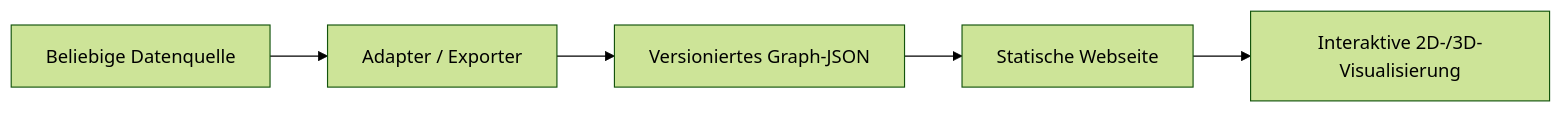
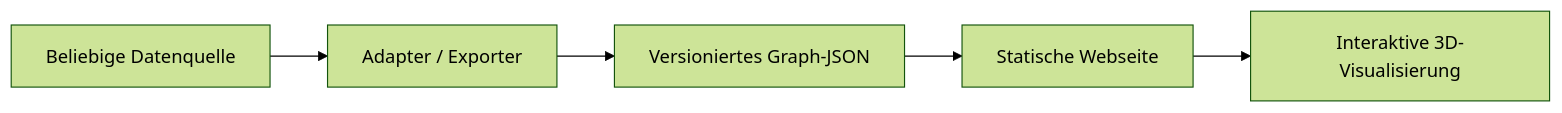
One commit to RalfHuesing/CodeVisualisierung changed the diagram in docs/README.md. Above: the diagram before and after it, drawn with Mermaid (forest theme). The commit also changed 2 other files, not shown here.

Commit message:
docs: make 3d visualization the sole target

````diff
--- a/docs/README.md
+++ b/docs/README.md
@@ -8,7 +8,7 @@
 ```mermaid
 flowchart LR
     S[Beliebige Datenquelle] --> A[Adapter / Exporter]
     A --> J[Versioniertes Graph-JSON]
     J --> V[Statische Webseite]
-    V --> R[Interaktive 2D-/3D-Visualisierung]
+    V --> R[Interaktive 3D-Visualisierung]
 ```
````
